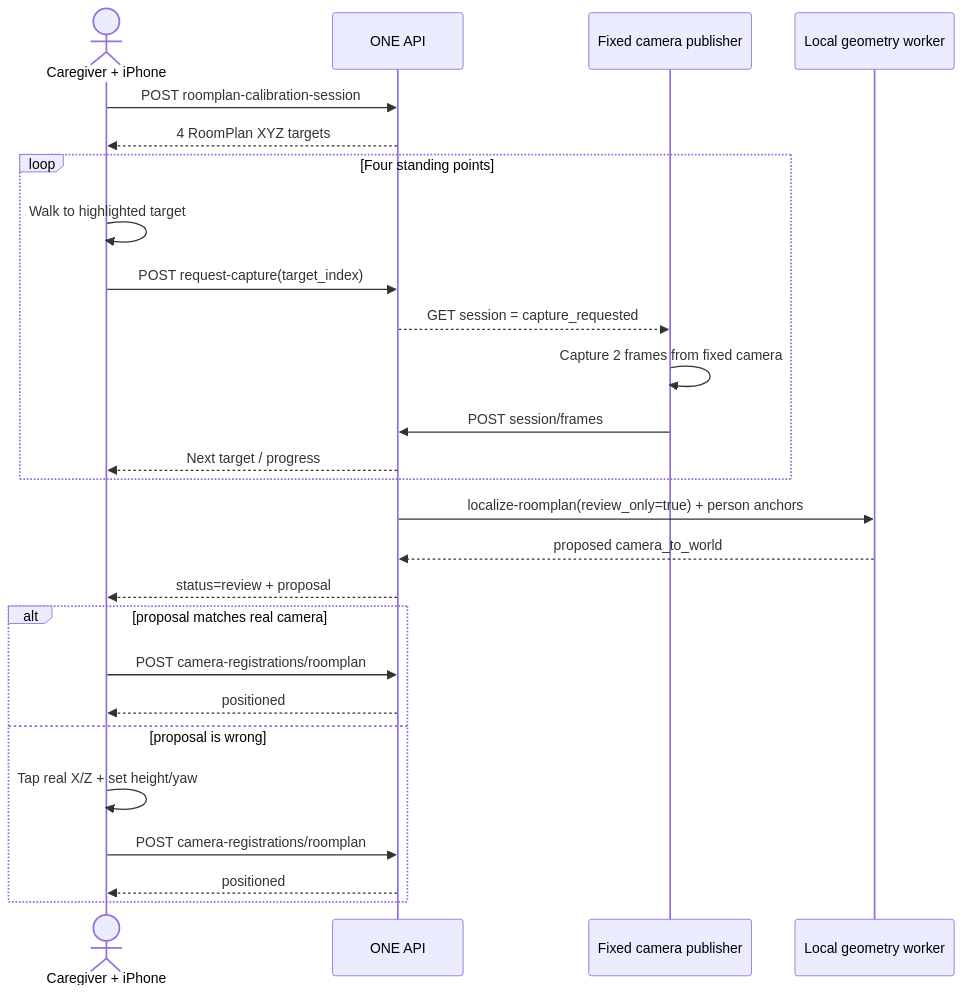
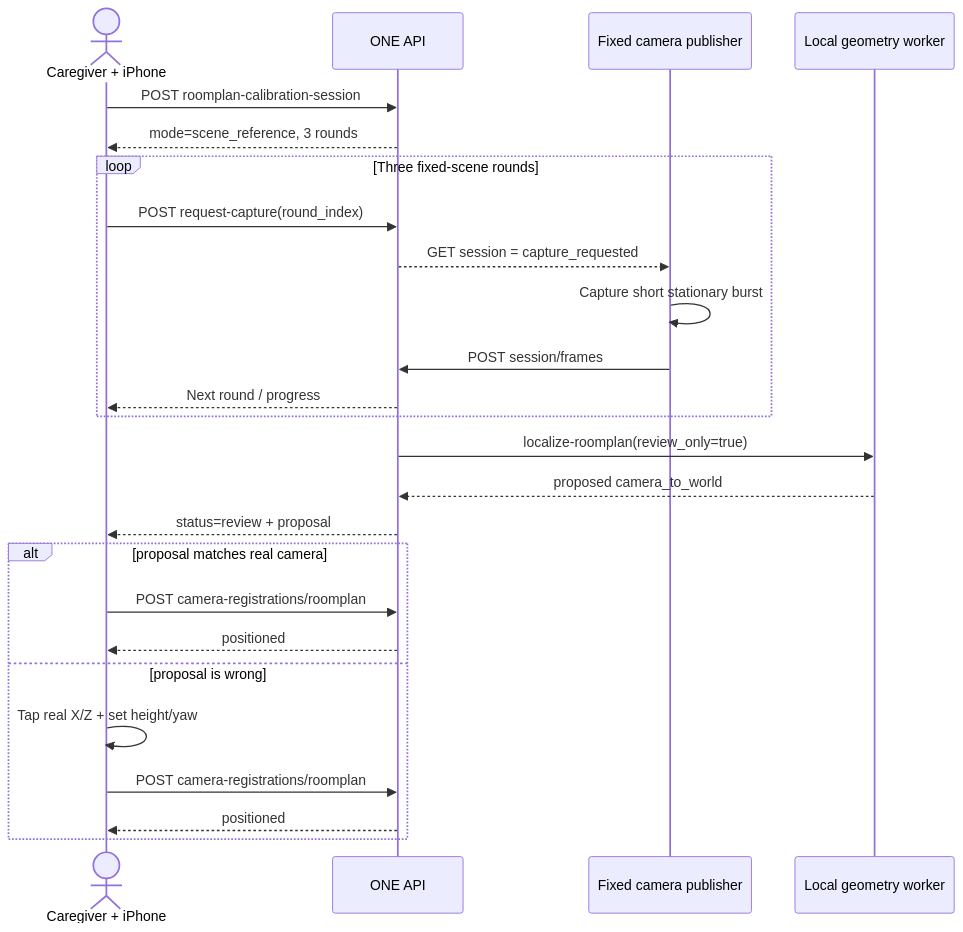
One commit to 0xbiel/one-docs changed the first of 4 diagrams in pages/architecture/camera-mapping.md. Above: the diagram before and after it, drawn with Mermaid. The commit also changed other lines of this file and 6 other files, not shown here.

````diff
--- a/pages/architecture/camera-mapping.md
+++ b/pages/architecture/camera-mapping.md
@@ -246,32 +332,31 @@
 ```mermaid
 sequenceDiagram
     actor U as Caregiver + iPhone
     participant A as ONE API
     participant C as Fixed camera publisher
     participant G as Local geometry worker
 
     U->>A: POST roomplan-calibration-session
-    A-->>U: 4 RoomPlan XYZ targets
+    A-->>U: mode=scene_reference, 3 rounds
 
-    loop Four standing points
-        U->>U: Walk to highlighted target
-        U->>A: POST request-capture(target_index)
+    loop Three fixed-scene rounds
+        U->>A: POST request-capture(round_index)
         A-->>C: GET session = capture_requested
-        C->>C: Capture 2 frames from fixed camera
+        C->>C: Capture short stationary burst
         C->>A: POST session/frames
-        A-->>U: Next target / progress
+        A-->>U: Next round / progress
     end
 
-    A->>G: localize-roomplan(review_only=true) + person anchors
+    A->>G: localize-roomplan(review_only=true)
     G-->>A: proposed camera_to_world
     A-->>U: status=review + proposal
 
     alt proposal matches real camera
         U->>A: POST camera-registrations/roomplan
         A-->>U: positioned
     else proposal is wrong
         U->>U: Tap real X/Z + set height/yaw
         U->>A: POST camera-registrations/roomplan
         A-->>U: positioned
     end
 ```
````
